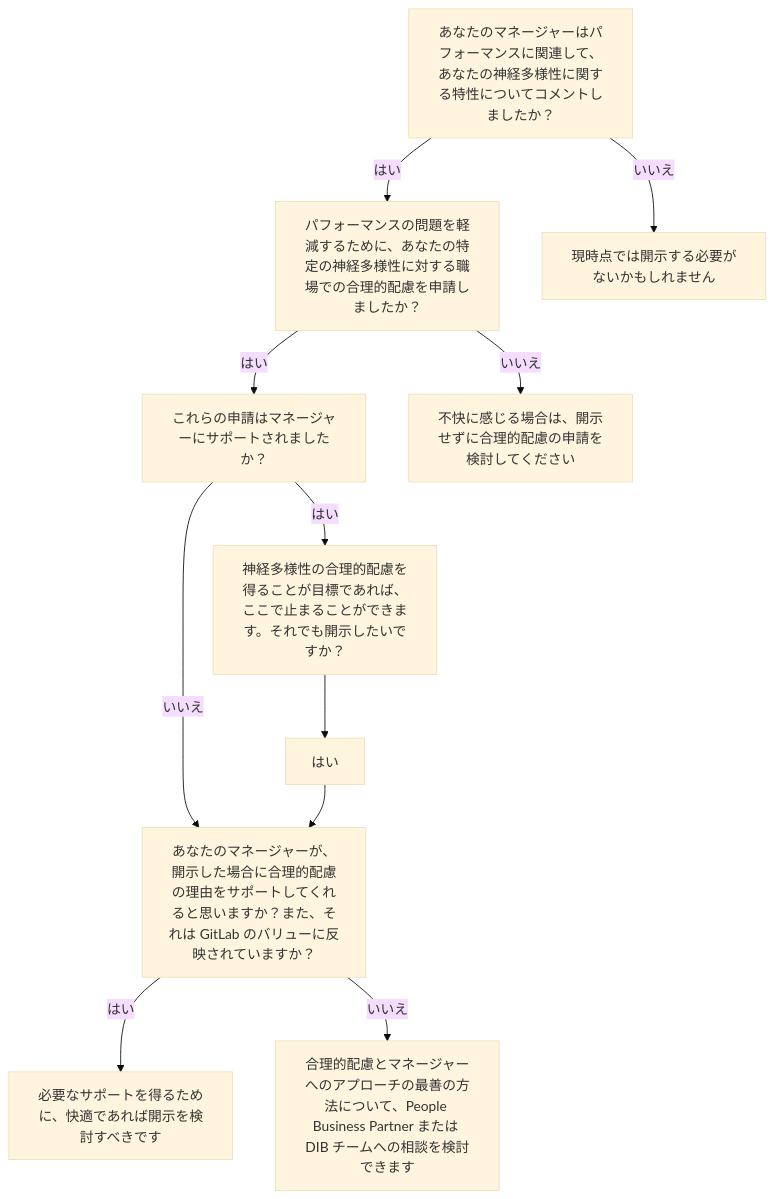
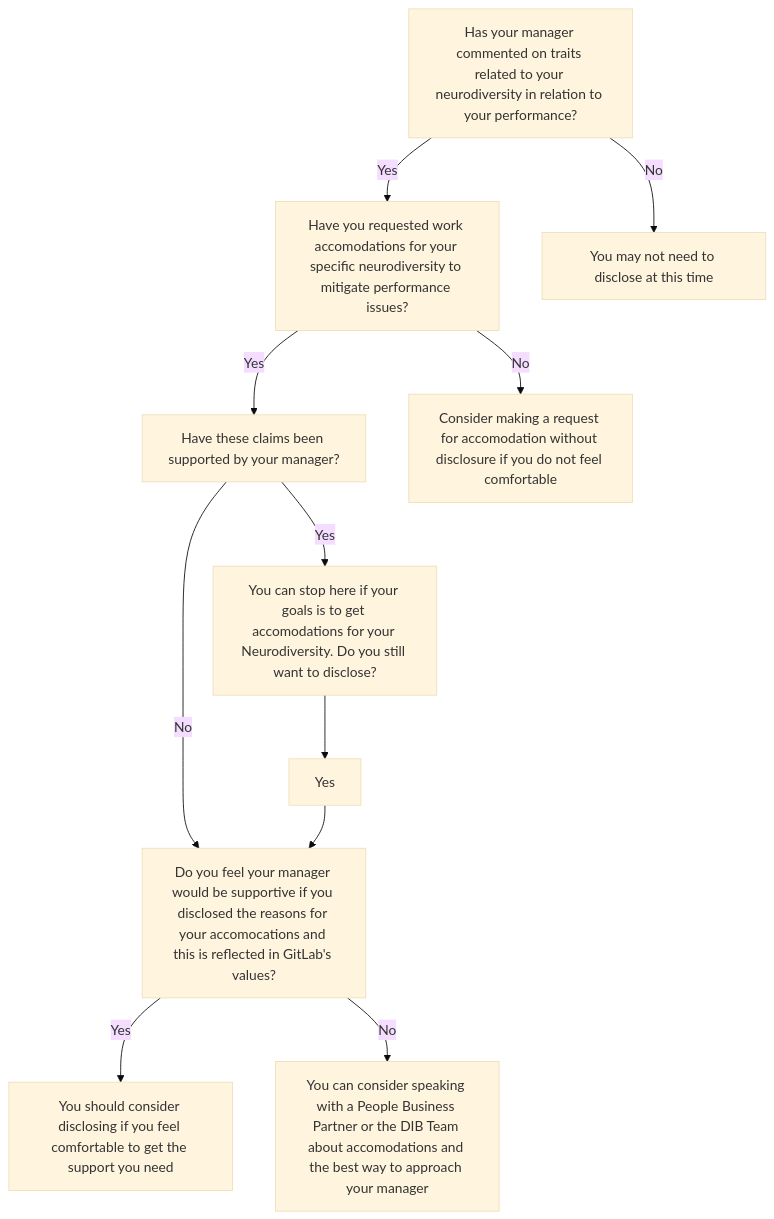
One commit to kyama0/gitlab-handbook-ja changed the diagram in content/handbook/company/culture/inclusion/neurodiversity-and-neuroinclusion/neurodiversity-resources.md. Above: the diagram before and after it, drawn with Mermaid (base theme). The commit also changed other lines of this file and 100 other files, not shown here.

````diff
--- a/content/handbook/company/culture/inclusion/neurodiversity-and-neuroinclusion/neurodiversity-resources.md
+++ b/content/handbook/company/culture/inclusion/neurodiversity-and-neuroinclusion/neurodiversity-resources.md
@@ -61,14 +60,14 @@
 ```mermaid
 graph TD
-A[あなたのマネージャーはパフォーマンスに関連して、あなたの神経多様性に関する特性についてコメントしましたか？]
-A-->|はい| B[パフォーマンスの問題を軽減するために、あなたの特定の神経多様性に対する職場での合理的配慮を申請しましたか？]
-A-->|いいえ| C[現時点では開示する必要がないかもしれません]
-B-->|はい| D[これらの申請はマネージャーにサポートされましたか？]
-B-->|いいえ| E[不快に感じる場合は、開示せずに合理的配慮の申請を検討してください]
-D-->|はい| F[神経多様性の合理的配慮を得ることが目標であれば、ここで止まることができます。それでも開示したいですか？]
-D-->|いいえ| G[あなたのマネージャーが、開示した場合に合理的配慮の理由をサポートしてくれると思いますか？また、それは GitLab のバリューに反映されていますか？]
-F--> H[はい]
+A[Has your manager commented on traits related to your neurodiversity in relation to your performance?]
+A-->|Yes| B[Have you requested work accomodations for your specific neurodiversity to mitigate performance issues? ]
+A-->|No| C[You may not need to disclose at this time]
+B-->|Yes| D[Have these claims been supported by your manager?]
+B-->|No| E[Consider making a request for accomodation without disclosure if you do not feel comfortable]
+D-->|Yes| F[You can stop here if your goals is to get accomodations for your Neurodiversity. Do you still want to disclose?]
+D-->|No| G[Do you feel your manager would be supportive if you disclosed the reasons for your accomocations and this is reflected in GitLab's values?]
+F--> H[Yes]
 H-->
-G--> |はい| J[必要なサポートを得るために、快適であれば開示を検討すべきです]
-G--> |いいえ| K[合理的配慮とマネージャーへのアプローチの最善の方法について、People Business Partner または DIB チームへの相談を検討できます]
+G--> |Yes| J[You should consider disclosing if you feel comfortable to get the support you need]
+G--> |No| K[You can consider speaking with a People Business Partner or the DIB Team about accomodations and the best way to approach your manager]
 ```
````
